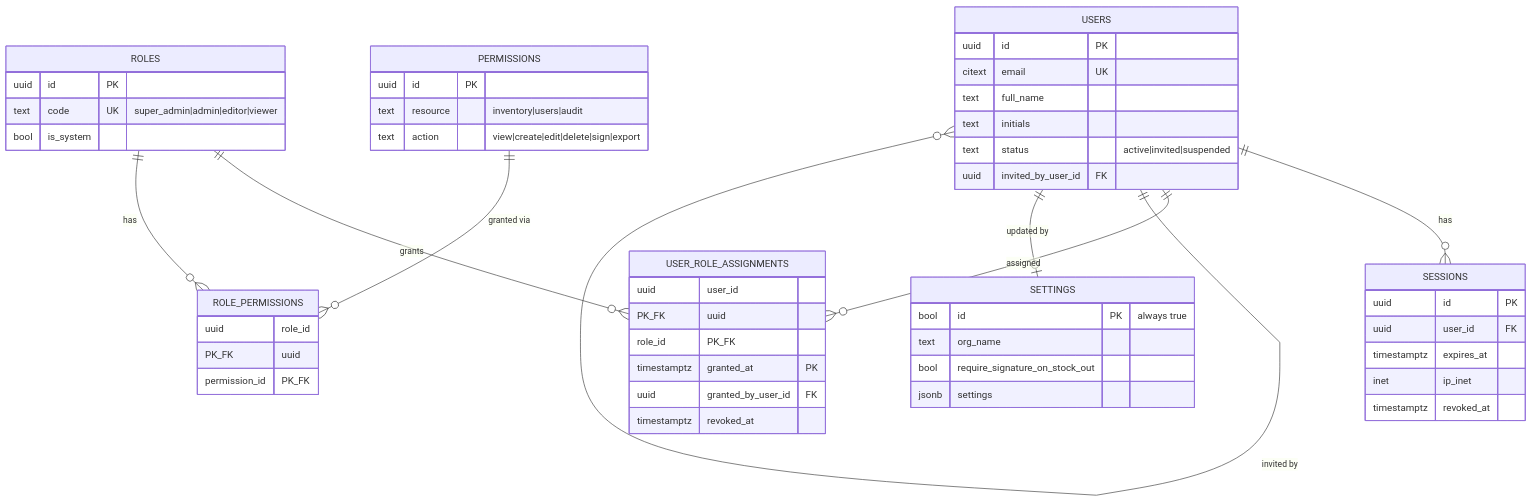
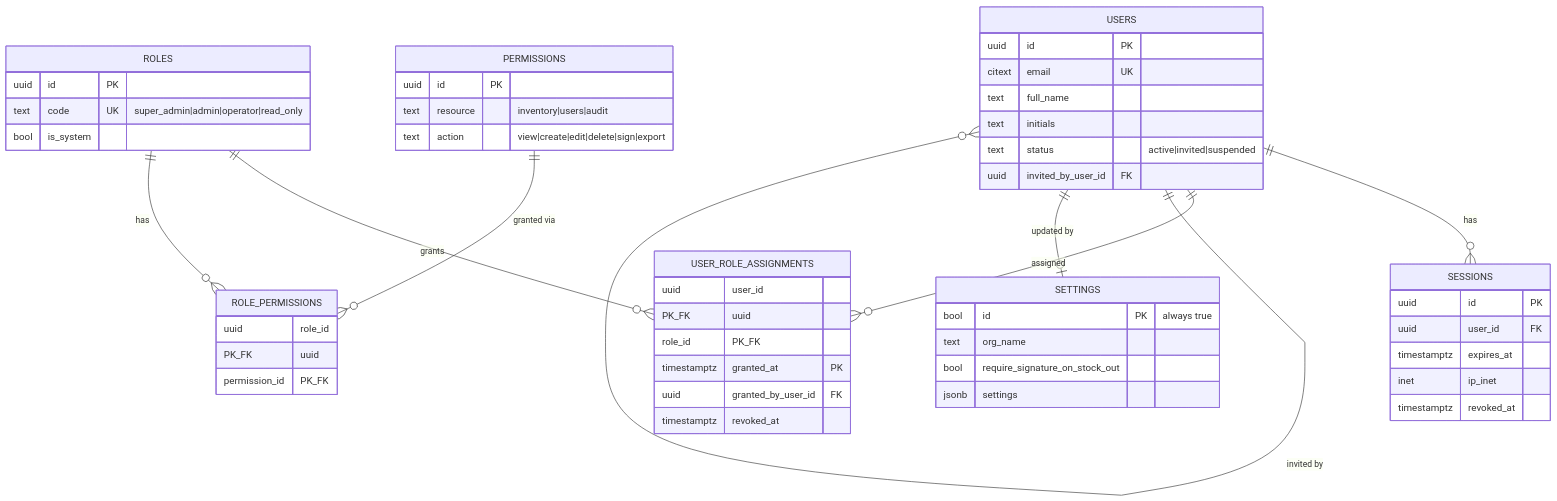
The second of 5 diagrams in docs/erd.md (tucker-hub728/InventoryTracking), drawn with Mermaid before and after one commit. The commit also changed 34 other files, not shown here.

````diff
--- a/docs/erd.md
+++ b/docs/erd.md
@@ -131,53 +131,53 @@
 ```mermaid
 erDiagram
     USERS ||--o{ SESSIONS : "has"
     USERS ||--o{ USER_ROLE_ASSIGNMENTS : "assigned"
     USERS ||--o{ USERS : "invited by"
     ROLES ||--o{ USER_ROLE_ASSIGNMENTS : "grants"
     ROLES ||--o{ ROLE_PERMISSIONS : "has"
     PERMISSIONS ||--o{ ROLE_PERMISSIONS : "granted via"
     USERS ||--o| SETTINGS : "updated by"
 
     SETTINGS {
         bool id PK "always true"
         text org_name
         bool require_signature_on_stock_out
         jsonb settings
     }
     USERS {
         uuid id PK
         citext email UK
         text full_name
         text initials
         text status "active|invited|suspended"
         uuid invited_by_user_id FK
     }
     ROLES {
         uuid id PK
-        text code UK "super_admin|admin|editor|viewer"
+        text code UK "super_admin|admin|operator|read_only"
         bool is_system
     }
     PERMISSIONS {
         uuid id PK
         text resource "inventory|users|audit"
         text action "view|create|edit|delete|sign|export"
     }
     ROLE_PERMISSIONS {
         uuid role_id PK_FK
         uuid permission_id PK_FK
     }
     USER_ROLE_ASSIGNMENTS {
         uuid user_id PK_FK
         uuid role_id PK_FK
         timestamptz granted_at PK
         uuid granted_by_user_id FK
         timestamptz revoked_at
     }
     SESSIONS {
         uuid id PK
         uuid user_id FK
         timestamptz expires_at
         inet ip_inet
         timestamptz revoked_at
     }
 ```
````
